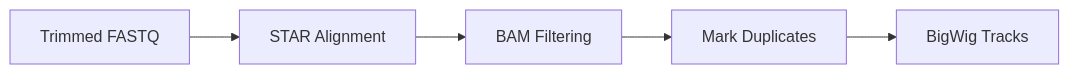
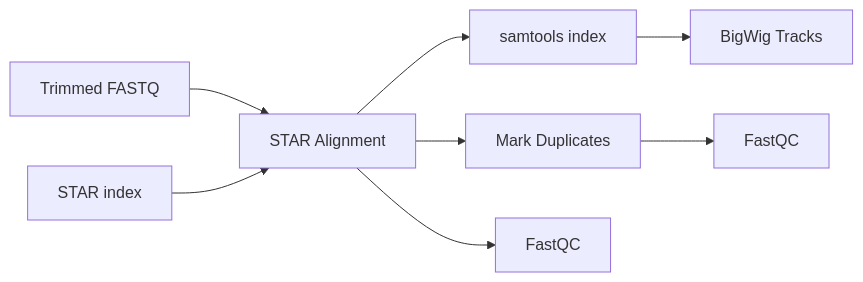
One commit to boulardlab/3t-seq changed the diagram in docs/modules/alignment.md. Above: the diagram before and after it, drawn with Mermaid. The commit also changed other lines of this file, not shown here.

First line of the commit message:
docs(alignment): rewrite from star.smk, picard_markdup.smk, make_bw.smk

````diff
--- a/docs/modules/alignment.md
+++ b/docs/modules/alignment.md
@@ -7,7 +8,10 @@
 ```mermaid
 graph LR
     A[Trimmed FASTQ] --> B[STAR Alignment]
-    B --> C[BAM Filtering]
-    C --> D[Mark Duplicates]
-    D --> E[BigWig Tracks]
+    I[STAR index] --> B
+    B --> C[samtools index]
+    B --> D[Mark Duplicates]
+    C --> E[BigWig Tracks]
+    B --> F[FastQC]
+    D --> G[FastQC]
 ```
````
